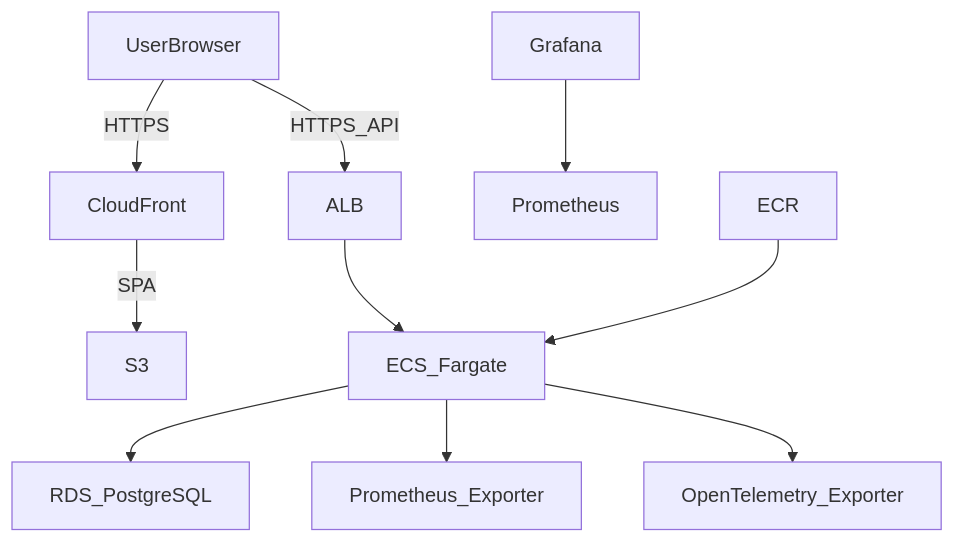
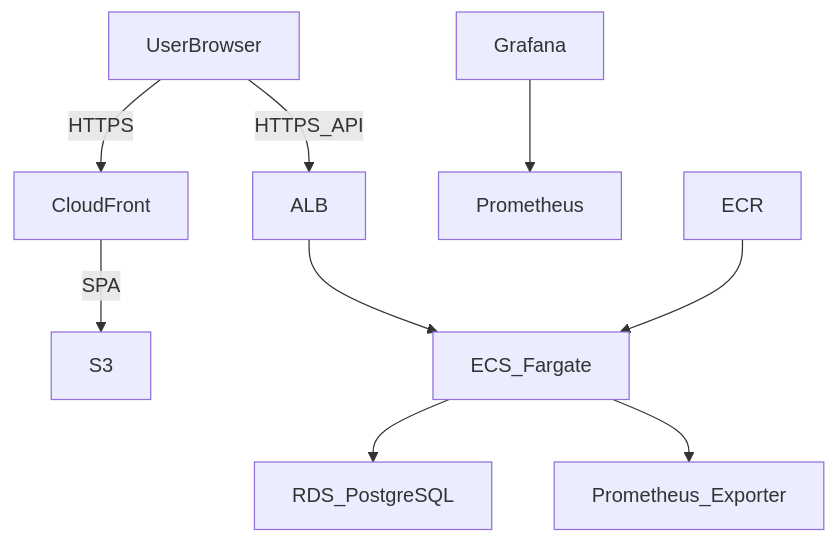
The diagram in README.md (takuma-yamaguchi0807/todo-gin), drawn with Mermaid before and after one commit. The commit also changed other lines of this file and 19 other files, not shown here.

````diff
--- a/README.md
+++ b/README.md
@@ -22,12 +22,11 @@
 ```mermaid
 graph TD
   UserBrowser -- HTTPS --> CloudFront
   CloudFront -- SPA --> S3
   UserBrowser -- HTTPS_API --> ALB
   ALB --> ECS_Fargate
   ECS_Fargate --> RDS_PostgreSQL
   ECS_Fargate --> Prometheus_Exporter
-  ECS_Fargate --> OpenTelemetry_Exporter
   Grafana --> Prometheus
   ECR --> ECS_Fargate
 ```
````
